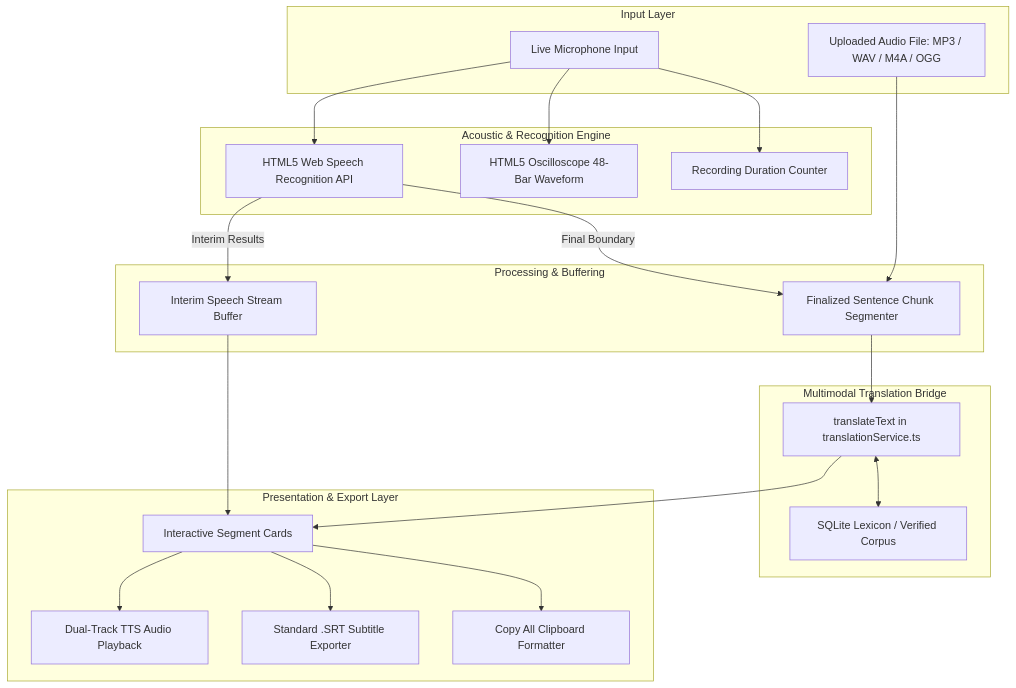
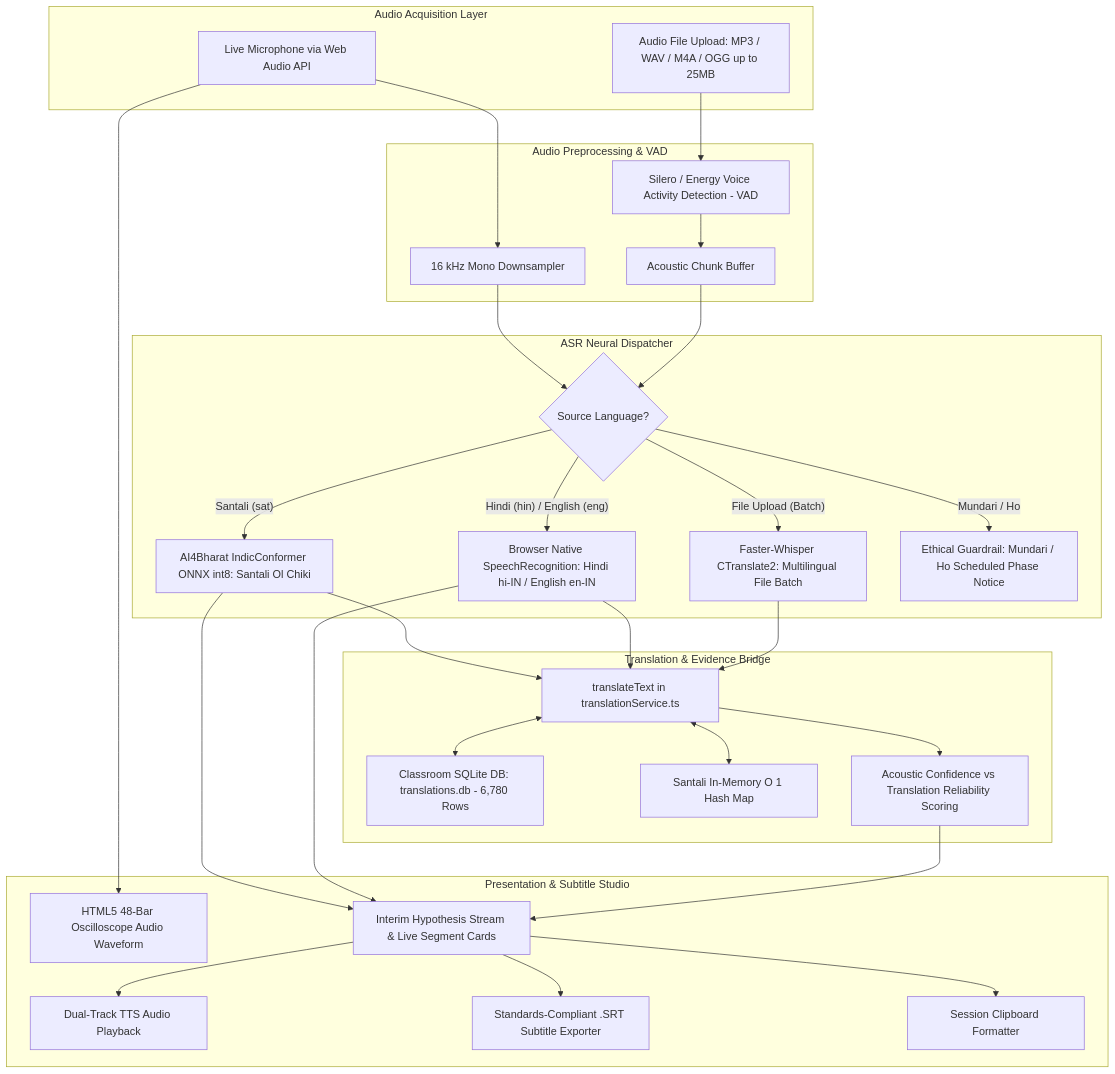
The first of 2 diagrams in research/reports/SPEECH_TO_TEXT_FEATURE_REPORT.md (Alfanshaikh786/SIH_Bhasha_Setu), drawn with Mermaid before and after one commit. The commit also changed other lines of this file and 70 other files, not shown here.

Commit message:
feat(sih): complete Phase 5 readiness, offline validation, ASR reports, and fix type errors

````diff
--- a/research/reports/SPEECH_TO_TEXT_FEATURE_REPORT.md
+++ b/research/reports/SPEECH_TO_TEXT_FEATURE_REPORT.md
@@ -27,44 +30,60 @@
 ```mermaid
 flowchart TD
-    subgraph Input Layer
-        MIC[Live Microphone Input]
-        AUD[Uploaded Audio File: MP3 / WAV / M4A / OGG]
+    subgraph Audio Acquisition Layer
+        A1[Live Microphone via Web Audio API]
+        A2[Audio File Upload: MP3 / WAV / M4A / OGG up to 25MB]
     end
 
-    subgraph Acoustic & Recognition Engine
-        WSA[HTML5 Web Speech Recognition API]
-        CANVAS[HTML5 Oscilloscope 48-Bar Waveform]
-        TIMER[Recording Duration Counter]
+    subgraph Audio Preprocessing & VAD
+        B1[16 kHz Mono Downsampler]
+        B2[Silero / Energy Voice Activity Detection - VAD]
+        B3[Acoustic Chunk Buffer]
     end
 
-    subgraph Processing & Buffering
-        BUF[Interim Speech Stream Buffer]
-        SEG[Finalized Sentence Chunk Segmenter]
+    subgraph ASR Neural Dispatcher
+        C0{Source Language?}
+        C1[AI4Bharat IndicConformer ONNX int8: Santali Ol Chiki]
+        C2[Browser Native SpeechRecognition: Hindi hi-IN / English en-IN]
+        C3[Faster-Whisper CTranslate2: Multilingual File Batch]
+        C4[Ethical Guardrail: Mundari / Ho Scheduled Phase Notice]
     end
 
-    subgraph Multimodal Translation Bridge
-        TR_SVC[translateText in translationService.ts]
-        DICT[SQLite Lexicon / Verified Corpus]
+    subgraph Translation & Evidence Bridge
+        D1[translateText in translationService.ts]
+        D2[Classroom SQLite DB: translations.db - 6,780 Rows]
+        D3[Santali In-Memory O 1 Hash Map]
+        D4[Acoustic Confidence vs Translation Reliability Scoring]
     end
 
-    subgraph Presentation & Export Layer
-        CARDS[Interactive Segment Cards]
-        TTS[Dual-Track TTS Audio Playback]
-        SRT[Standard .SRT Subtitle Exporter]
-        CLIP[Copy All Clipboard Formatter]
+    subgraph Presentation & Subtitle Studio
+        E1[HTML5 48-Bar Oscilloscope Audio Waveform]
+        E2[Interim Hypothesis Stream & Live Segment Cards]
+        E3[Dual-Track TTS Audio Playback]
+        E4[Standards-Compliant .SRT Subtitle Exporter]
+        E5[Session Clipboard Formatter]
     end
 
-    MIC --> WSA
-    MIC --> CANVAS
-    MIC --> TIMER
-    AUD --> SEG
-    WSA -->|Interim Results| BUF
-    WSA -->|Final Boundary| SEG
-    BUF --> CARDS
-    SEG --> TR_SVC
-    TR_SVC <--> DICT
-    TR_SVC --> CARDS
-    CARDS --> TTS
-    CARDS --> SRT
-    CARDS --> CLIP
+    A1 --> B1
+    A2 --> B2
+    B1 --> C0
+    B2 --> B3 --> C0
+
+    C0 -- "Santali (sat)" --> C1
+    C0 -- "Hindi (hin) / English (eng)" --> C2
+    C0 -- "File Upload (Batch)" --> C3
+    C0 -- "Mundari / Ho" --> C4
+
+    C1 --> D1
+    C2 --> D1
+    C3 --> D1
+    D1 <--> D2
+    D1 <--> D3
+    D1 --> D4
+
+    A1 --> E1
+    C1 & C2 --> E2
+    D4 --> E2
+    E2 --> E3
+    E2 --> E4
+    E2 --> E5
 ```
````
